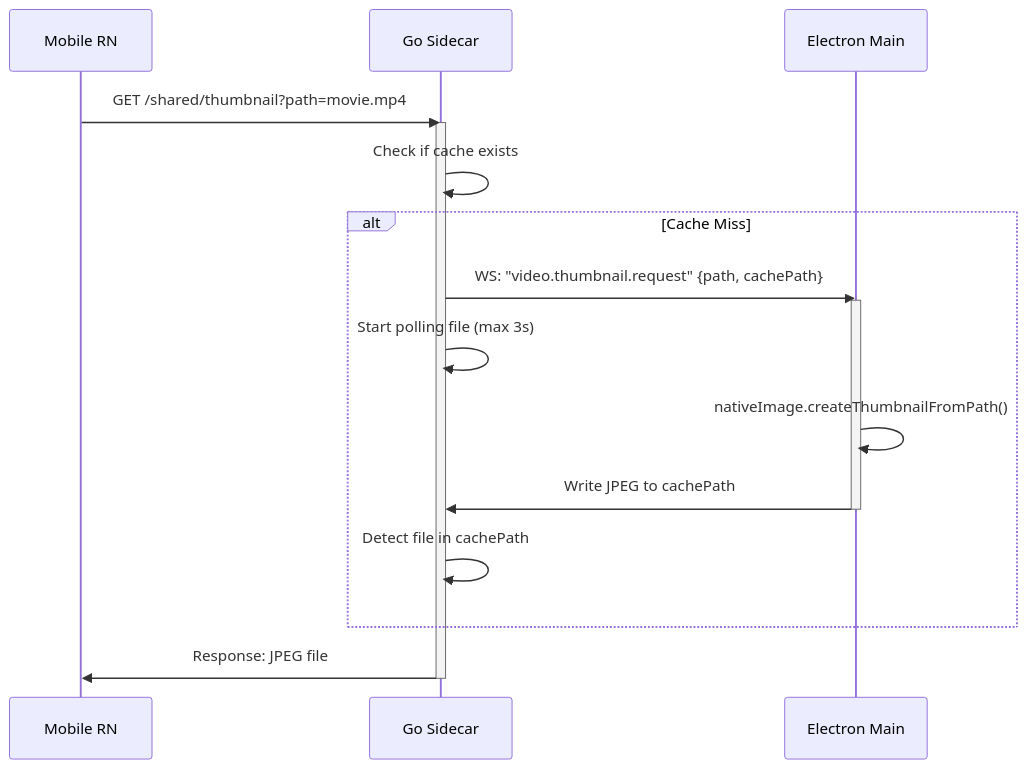
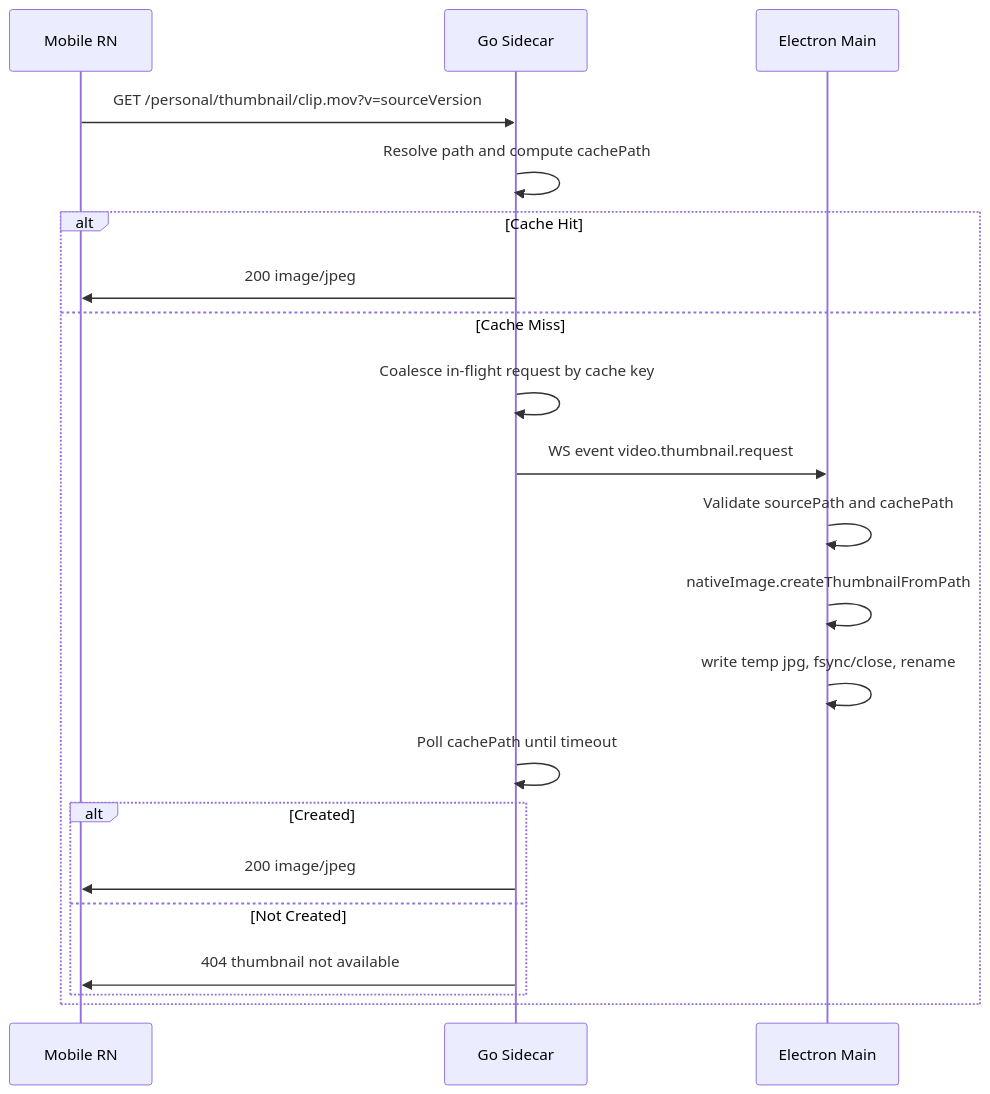
Before and after one commit to Lynavo/test: the diagram in docs/superpowers/specs/2026-06-22-video-thumbnails-design.md, drawn with Mermaid. The commit also changed other lines of this file and 19 other files, not shown here.

Commit message:
Add desktop video thumbnail support

````diff
--- a/docs/superpowers/specs/2026-06-22-video-thumbnails-design.md
+++ b/docs/superpowers/specs/2026-06-22-video-thumbnails-design.md
@@ -19,21 +39,24 @@
 ```mermaid
 sequenceDiagram
     participant Mobile as Mobile RN
     participant Go as Go Sidecar
     participant Electron as Electron Main
-    
-    Mobile->>Go: GET /shared/thumbnail?path=movie.mp4
-    activate Go
-    Go->>Go: Check if cache exists
-    alt Cache Miss
-        Go->>Electron: WS: "video.thumbnail.request" {path, cachePath}
-        activate Electron
-        Go->>Go: Start polling file (max 3s)
-        Electron->>Electron: nativeImage.createThumbnailFromPath()
-        Electron->>Go: Write JPEG to cachePath
-        deactivate Electron
-        Go->>Go: Detect file in cachePath
+
+    Mobile->>Go: GET /personal/thumbnail/clip.mov?v=sourceVersion
+    Go->>Go: Resolve path and compute cachePath
+    alt Cache Hit
+        Go->>Mobile: 200 image/jpeg
+    else Cache Miss
+        Go->>Go: Coalesce in-flight request by cache key
+        Go->>Electron: WS event video.thumbnail.request
+        Electron->>Electron: Validate sourcePath and cachePath
+        Electron->>Electron: nativeImage.createThumbnailFromPath
+        Electron->>Electron: write temp jpg, fsync/close, rename
+        Go->>Go: Poll cachePath until timeout
+        alt Created
+            Go->>Mobile: 200 image/jpeg
+        else Not Created
+            Go->>Mobile: 404 thumbnail not available
+        end
     end
-    Go->>Mobile: Response: JPEG file
-    deactivate Go
 ```
````
